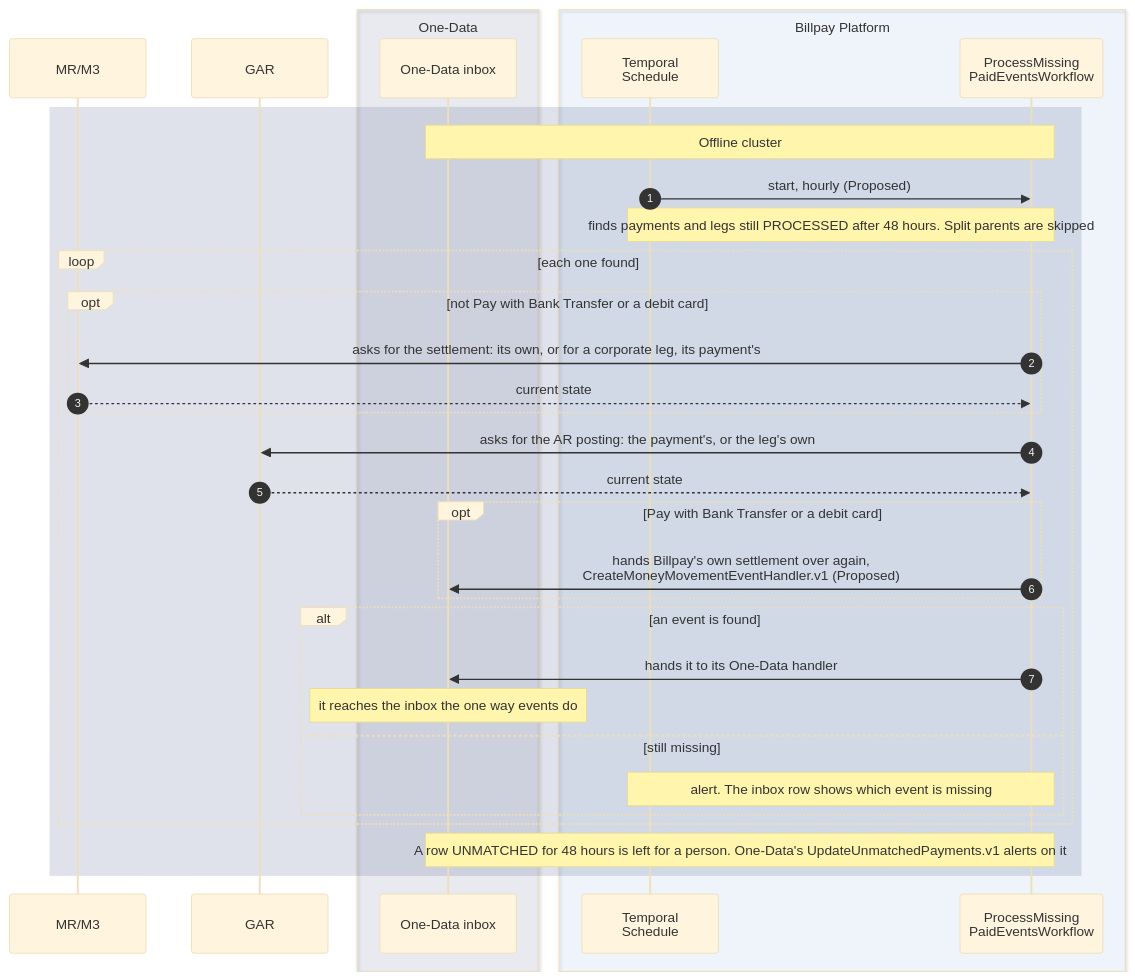
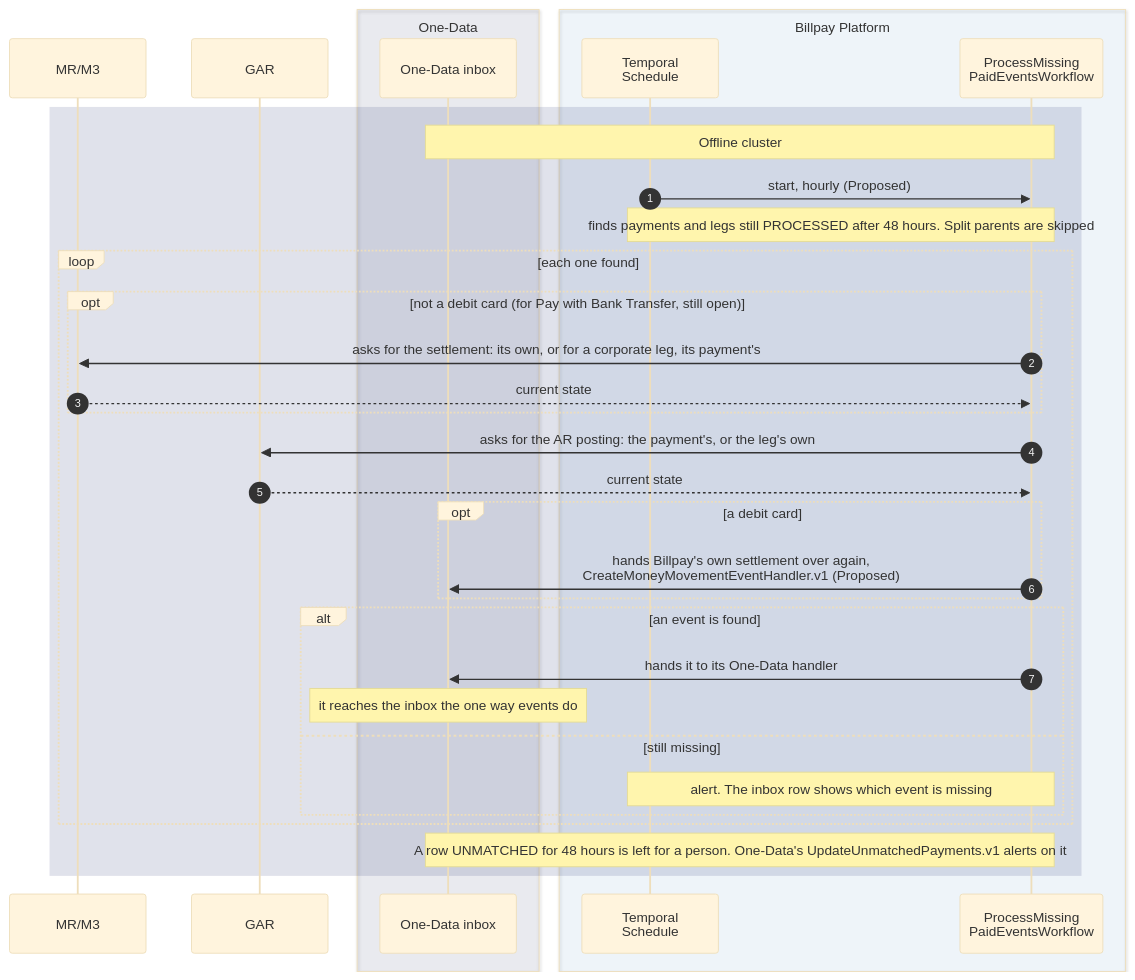
Before and after one commit to arunav-bhattacharya/billpay-book: diagram 11 of 16 in website/docs/design/sequence-diagrams.md, drawn with Mermaid (base theme). The commit also changed other lines of this file and 52 other files, not shown here.

First line of the commit message:
Payment page filters, Pay by Bank through Amex PwBT and M3 settlement

````diff
--- a/website/docs/design/sequence-diagrams.md
+++ b/website/docs/design/sequence-diagrams.md
@@ -721,45 +721,45 @@
 ```mermaid
 ---
 config:
   fontFamily: "BentonSansUI, Helvetica, Arial, sans-serif"
   fontSize: 15
 ---
 sequenceDiagram
   autonumber
 
   participant MM as MR/M3
   participant GAR
 
   box rgba(0,23,90,0.07) One-Data
     participant IN as One-Data inbox
   end
 
   box rgba(0,111,207,0.05) Billpay Platform
     participant SCH as Temporal<br/>Schedule
     participant WF as ProcessMissing<br/>PaidEventsWorkflow
   end
 
   rect rgba(0,23,90,0.12)
     Note over IN,WF: Offline cluster
     SCH->>WF: start, hourly (Proposed)
     Note over SCH,WF: finds payments and legs still PROCESSED after 48 hours. Split parents are skipped
     loop each one found
-      opt not Pay with Bank Transfer or a debit card
+      opt not a debit card (for Pay with Bank Transfer, still open)
         WF->>MM: asks for the settlement: its own, or for a corporate leg, its payment's
         MM-->>WF: current state
       end
       WF->>GAR: asks for the AR posting: the payment's, or the leg's own
       GAR-->>WF: current state
-      opt Pay with Bank Transfer or a debit card
+      opt a debit card
         WF->>IN: hands Billpay's own settlement over again,<br/>CreateMoneyMovementEventHandler.v1 (Proposed)
       end
       alt an event is found
         WF->>IN: hands it to its One-Data handler
         Note over IN: it reaches the inbox the one way events do
       else still missing
         Note over SCH,WF: alert. The inbox row shows which event is missing
       end
     end
     Note over IN,WF: A row UNMATCHED for 48 hours is left for a person. One-Data's UpdateUnmatchedPayments.v1 alerts on it
   end
 ```
````
